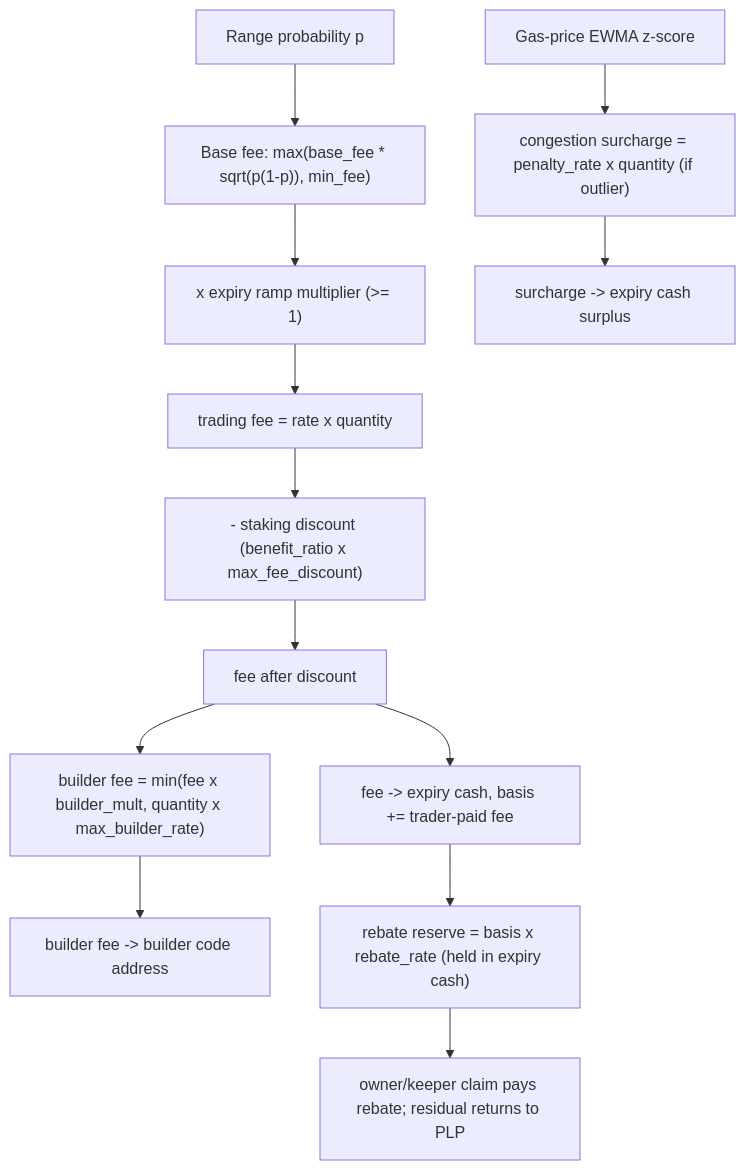
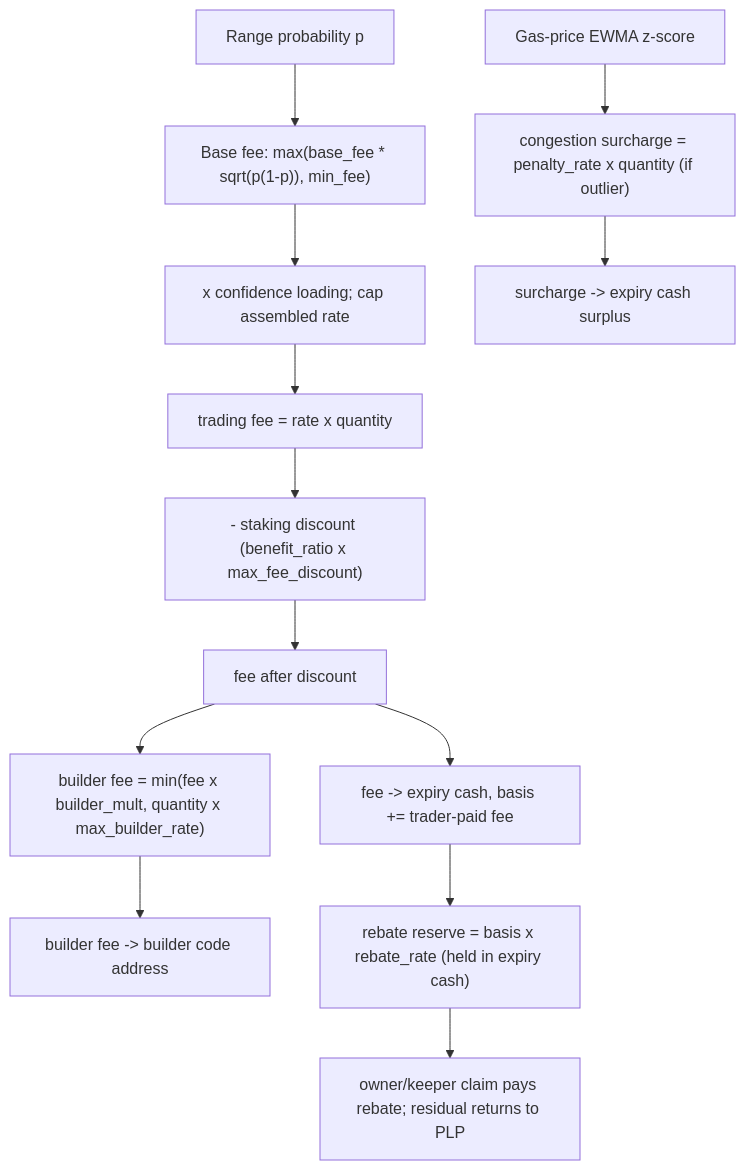
The diagram in packages/predict/docs/concepts/fees-and-rebates.md (MystenLabs/deepbookv3), drawn with Mermaid before and after one commit. The commit also changed other lines of this file and 24 other files, not shown here.

First line of the commit message:
predict: price confidence fee from live sensitivity

````diff
--- a/packages/predict/docs/concepts/fees-and-rebates.md
+++ b/packages/predict/docs/concepts/fees-and-rebates.md
@@ -155,15 +166,15 @@
 ```mermaid
 flowchart TD
     P[Range probability p] --> BF["Base fee: max(base_fee * sqrt(p(1-p)), min_fee)"]
-    BF --> RAMP["x expiry ramp multiplier (>= 1)"]
-    RAMP --> FEE[trading fee = rate x quantity]
+    BF --> LOAD["x confidence loading; cap assembled rate"]
+    LOAD --> FEE[trading fee = rate x quantity]
     FEE --> DISC["- staking discount (benefit_ratio x max_fee_discount)"]
     DISC --> NETFEE[fee after discount]
     NETFEE --> BUILD["builder fee = min(fee x builder_mult, quantity x max_builder_rate)"]
     GAS[Gas-price EWMA z-score] --> CONG["congestion surcharge = penalty_rate x quantity (if outlier)"]
     NETFEE --> COLLECT[fee -> expiry cash, basis += trader-paid fee]
     BUILD --> BUILDER[builder fee -> builder code address]
     CONG --> SURPLUS[surcharge -> expiry cash surplus]
     COLLECT --> RESERVE["rebate reserve = basis x rebate_rate (held in expiry cash)"]
     RESERVE --> CLAIM[owner/keeper claim pays rebate; residual returns to PLP]
 ```
````
